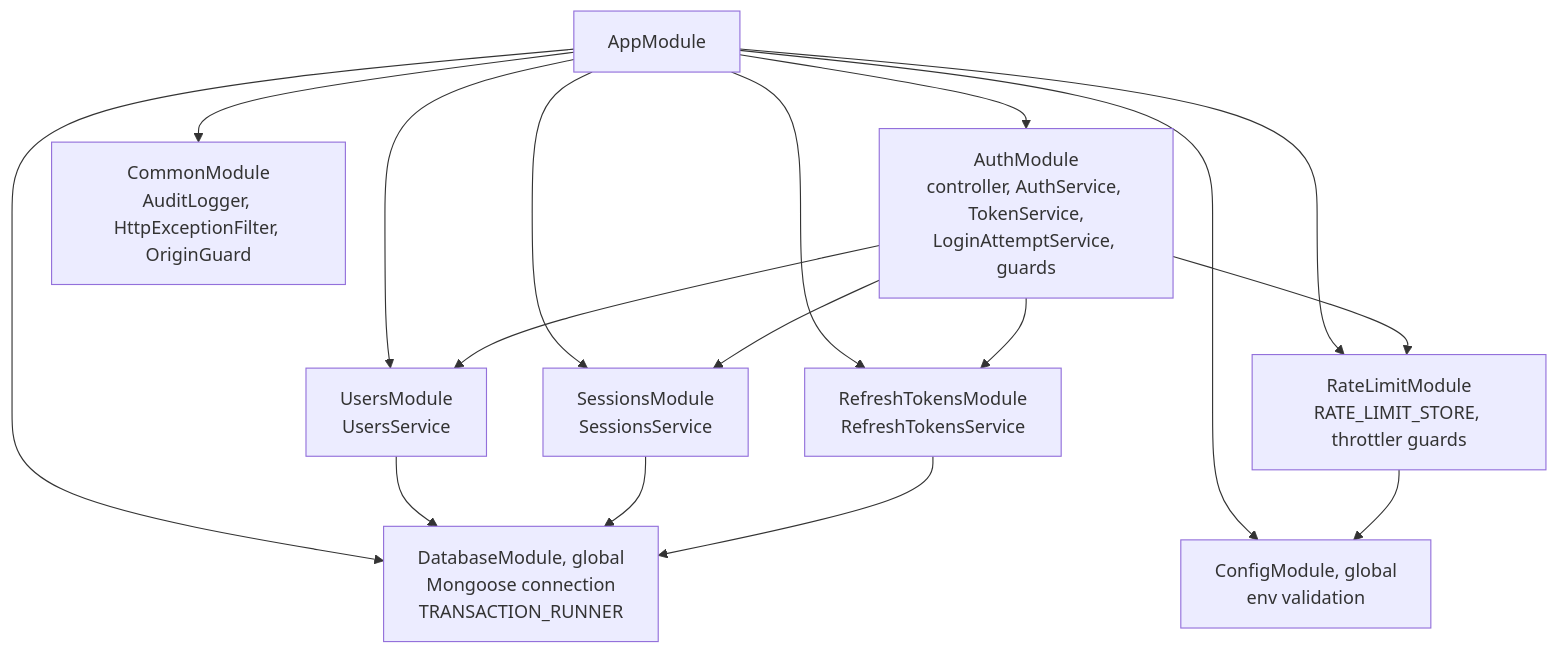
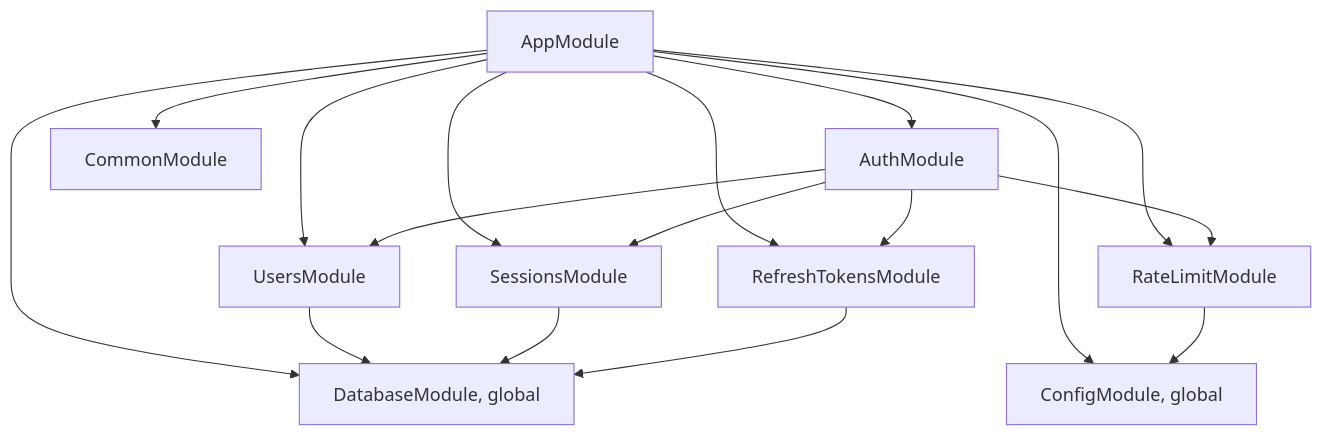
Before and after one commit to Rowan-habashy/easyGenerator-auth: the first of 7 diagrams in docs/architecture/c3-component.md, drawn with Mermaid. The commit also changed other lines of this file and 4 other files, not shown here.

````diff
--- a/docs/architecture/c3-component.md
+++ b/docs/architecture/c3-component.md
@@ -7,19 +9,19 @@
 ```mermaid
 flowchart TB
     app["AppModule"]
-    auth["AuthModule<br/>controller, AuthService, TokenService,<br/>LoginAttemptService, guards"]
-    users["UsersModule<br/>UsersService"]
-    sessions["SessionsModule<br/>SessionsService"]
-    rtokens["RefreshTokensModule<br/>RefreshTokensService"]
-    rl["RateLimitModule<br/>RATE_LIMIT_STORE, throttler guards"]
-    db["DatabaseModule, global<br/>Mongoose connection<br/>TRANSACTION_RUNNER"]
-    cfg["ConfigModule, global<br/>env validation"]
-    common["CommonModule<br/>AuditLogger, HttpExceptionFilter, OriginGuard"]
+    auth["AuthModule"]
+    users["UsersModule"]
+    sessions["SessionsModule"]
+    rtokens["RefreshTokensModule"]
+    rl["RateLimitModule"]
+    db["DatabaseModule, global"]
+    cfg["ConfigModule, global"]
+    common["CommonModule"]
 
     app --> auth & users & sessions & rtokens & rl & db & cfg & common
     auth --> users & sessions & rtokens & rl
     users --> db
     sessions --> db
     rtokens --> db
     rl --> cfg
 ```
````
